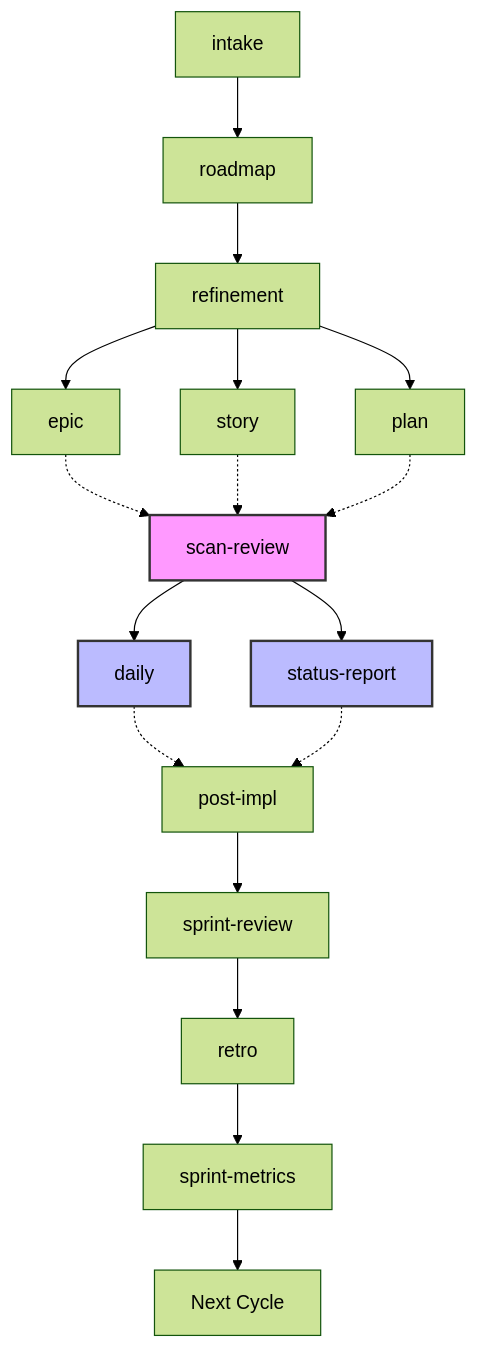
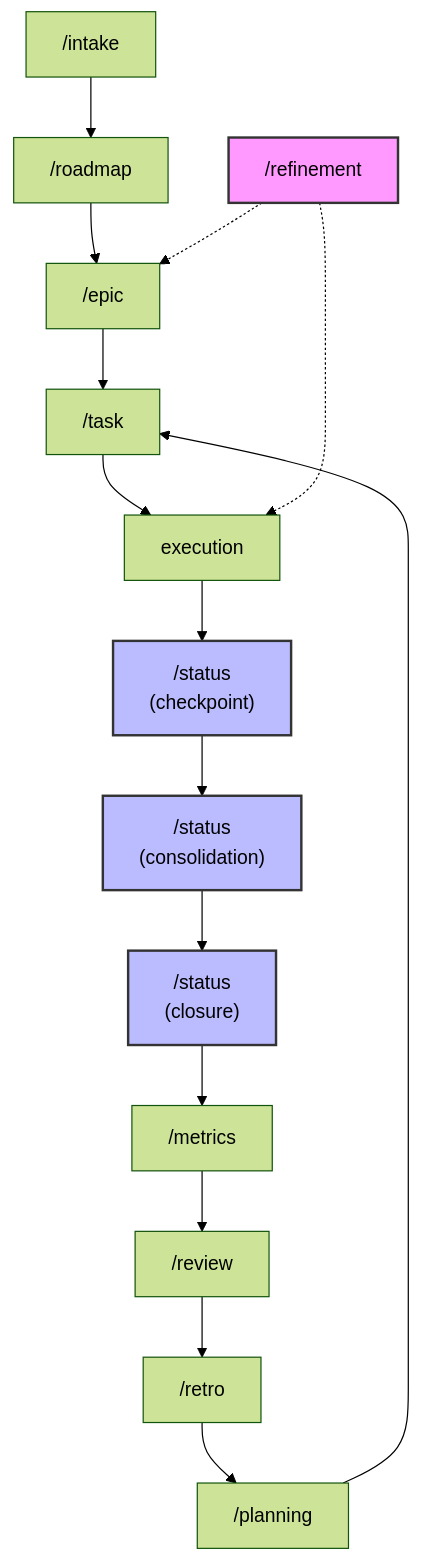
Before and after one commit to djalmajr/essential-skills: the diagram in docs/agile/README.md, drawn with Mermaid (forest theme). The commit also changed other lines of this file and 60 other files, not shown here.

````diff
--- a/docs/agile/README.md
+++ b/docs/agile/README.md
@@ -7,23 +7,23 @@
 ```mermaid
 flowchart TD
-    A[intake] --> B[roadmap]
-    B --> C[refinement]
-    C --> D[epic]
-    C --> E[story]
-    C --> F[plan]
-    D -.-> G[scan-review]
-    E -.-> G
-    F -.-> G
-    G --> H[daily]
-    G --> I[status-report]
-    H -.-> J[post-impl]
-    I -.-> J
-    J --> K[sprint-review]
-    K --> L[retro]
-    L --> M[sprint-metrics]
-    M --> next[Next Cycle]
+    A["/intake"] --> B["/roadmap"]
+    B --> C["/epic"]
+    C --> D["/task"]
+    D --> E[execution]
+    E --> F["/status<br>(checkpoint)"]
+    F --> G["/status<br>(consolidation)"]
+    G --> H["/status<br>(closure)"]
+    H --> I["/metrics"]
+    I --> J["/review"]
+    J --> K["/retro"]
+    K --> L["/planning"]
+    L --> D
 
-    style G fill:#f9f,stroke:#333,stroke-width:2px
+    M["/refinement"] -.-> C
+    M -.-> E
+
+    style M fill:#f9f,stroke:#333,stroke-width:2px
+    style F fill:#bbf,stroke:#333,stroke-width:2px
+    style G fill:#bbf,stroke:#333,stroke-width:2px
     style H fill:#bbf,stroke:#333,stroke-width:2px
-    style I fill:#bbf,stroke:#333,stroke-width:2px
 ```
````
